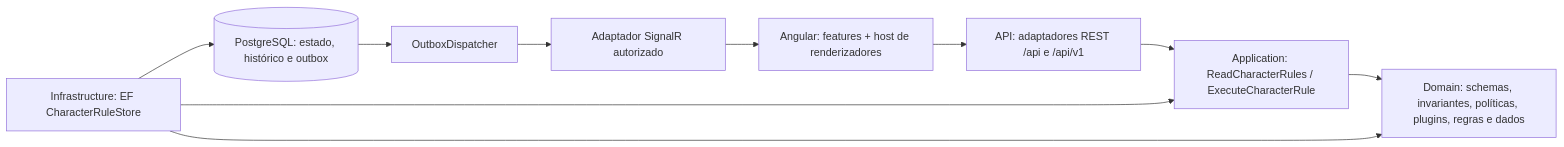
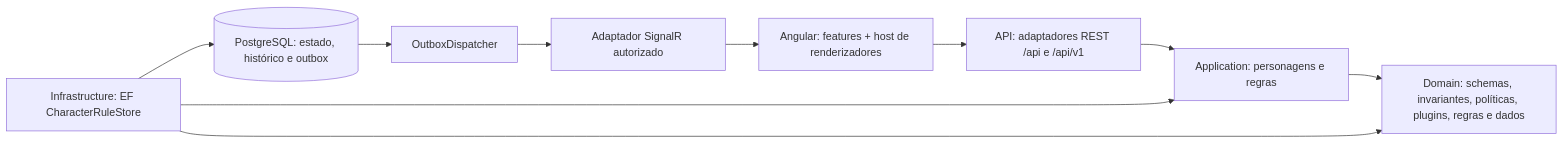
One commit to Kilop206/Cronicas changed the diagram in docs/architecture/TARGET_ARCHITECTURE.md. Above: the diagram before and after it, drawn with Mermaid. The commit also changed other lines of this file and 8 other files, not shown here.

````diff
--- a/docs/architecture/TARGET_ARCHITECTURE.md
+++ b/docs/architecture/TARGET_ARCHITECTURE.md
@@ -5,12 +5,12 @@
 ```mermaid
 flowchart LR
   UI[Angular: features + host de renderizadores] --> HTTP[API: adaptadores REST /api e /api/v1]
-  HTTP --> App[Application: ReadCharacterRules / ExecuteCharacterRule]
+  HTTP --> App[Application: personagens e regras]
   App --> Domain[Domain: schemas, invariantes, políticas, plugins, regras e dados]
   Infra[Infrastructure: EF CharacterRuleStore] --> App
   Infra --> Domain
   Infra --> PG[(PostgreSQL: estado, histórico e outbox)]
   PG --> Dispatcher[OutboxDispatcher]
   Dispatcher --> Handler[Adaptador SignalR autorizado]
   Handler --> UI
 ```
````
